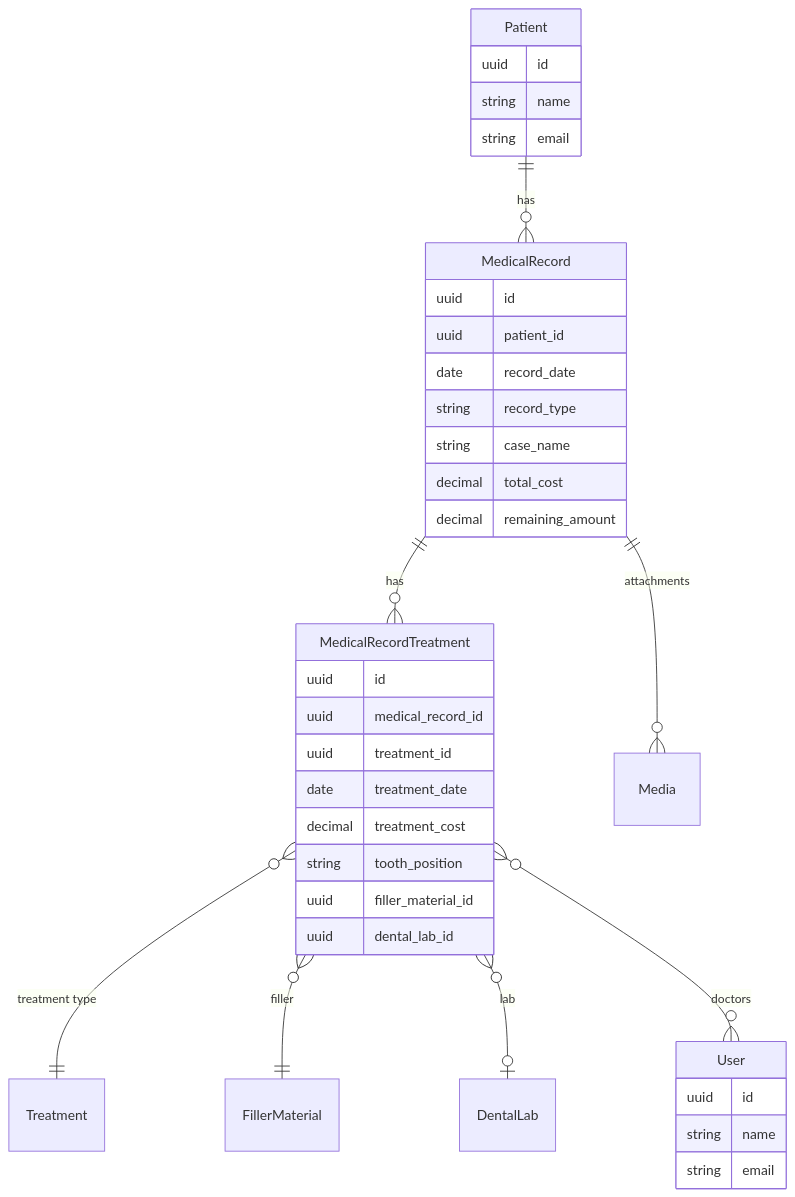
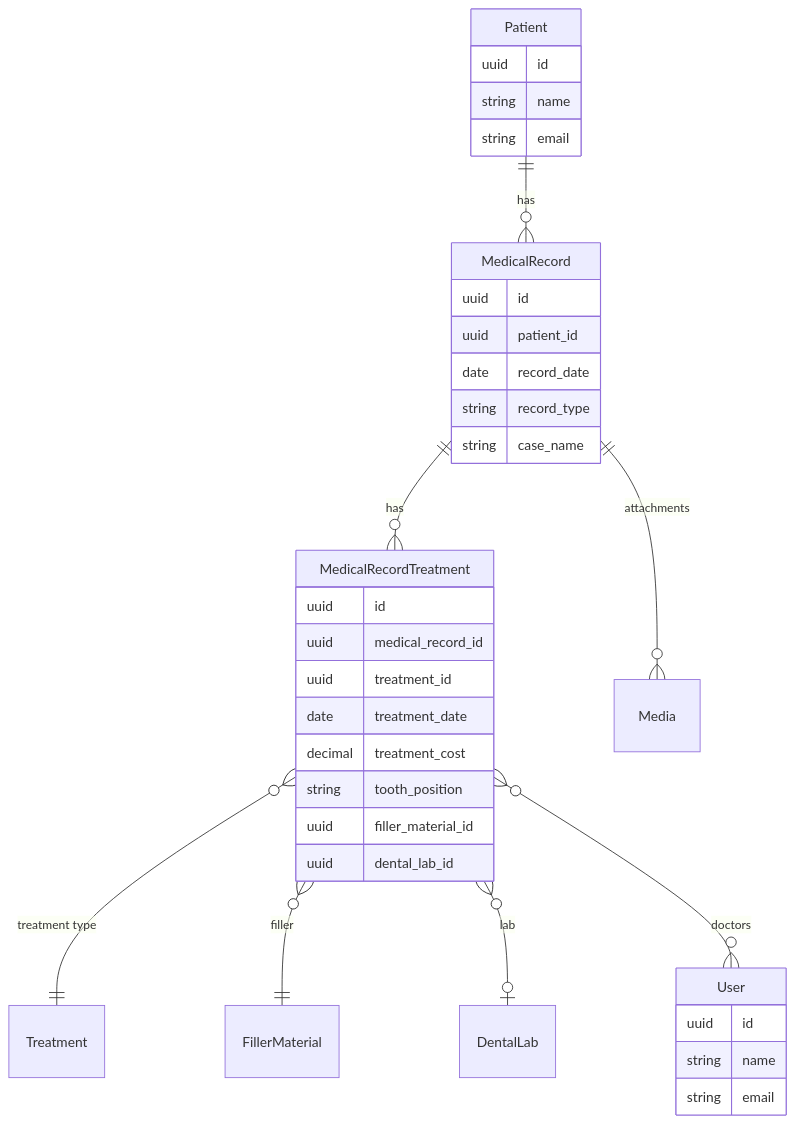
One commit to MustafaFares445/hakeem changed the diagram in docs/api/medical-record-api-contract.md. Above: the diagram before and after it, drawn with Mermaid. The commit also changed other lines of this file and 83 other files, not shown here.

````diff
--- a/docs/api/medical-record-api-contract.md
+++ b/docs/api/medical-record-api-contract.md
@@ -36,39 +36,37 @@
 ```mermaid
 erDiagram
     Patient ||--o{ MedicalRecord : has
     MedicalRecord ||--o{ MedicalRecordTreatment : has
     MedicalRecord ||--o{ Media : "attachments"
     MedicalRecordTreatment }o--|| Treatment : "treatment type"
     MedicalRecordTreatment }o--|| FillerMaterial : "filler"
     MedicalRecordTreatment }o--o| DentalLab : "lab"
     MedicalRecordTreatment }o--o{ User : "doctors"
     Patient {
         uuid id
         string name
         string email
     }
     MedicalRecord {
         uuid id
         uuid patient_id
         date record_date
         string record_type
         string case_name
-        decimal total_cost
-        decimal remaining_amount
     }
     MedicalRecordTreatment {
         uuid id
         uuid medical_record_id
         uuid treatment_id
         date treatment_date
         decimal treatment_cost
         string tooth_position
         uuid filler_material_id
         uuid dental_lab_id
     }
     User {
         uuid id
         string name
         string email
     }
 ```
````
